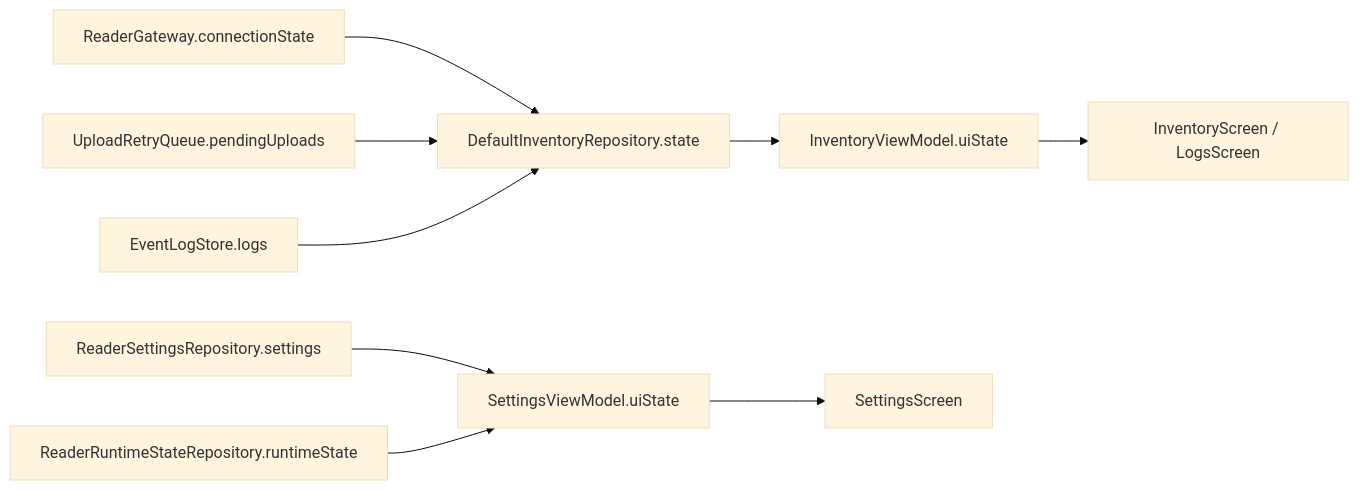
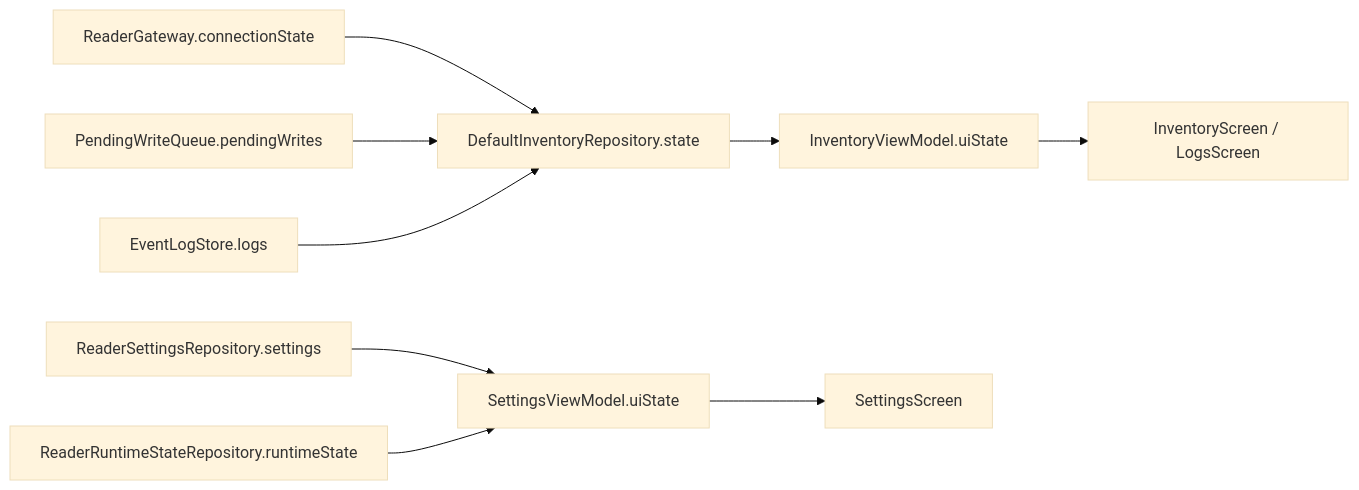
One commit to kuroronrobins/TraceLink changed the second of 3 diagrams in AndroidStudio/RP902App/docs/onboarding/05_データの流れ.md. Above: the diagram before and after it, drawn with Mermaid (base theme). The commit also changed other lines of this file and 83 other files, not shown here.

````diff
--- a/AndroidStudio/RP902App/docs/onboarding/05_データの流れ.md
+++ b/AndroidStudio/RP902App/docs/onboarding/05_データの流れ.md
@@ -49,12 +41,12 @@
 ```mermaid
 flowchart LR
     Reader["ReaderGateway.connectionState"] --> Repo["DefaultInventoryRepository.state"]
-    Queue["UploadRetryQueue.pendingUploads"] --> Repo
+    Queue["PendingWriteQueue.pendingWrites"] --> Repo
     Logs["EventLogStore.logs"] --> Repo
     Repo --> VM["InventoryViewModel.uiState"]
     VM --> Screen["InventoryScreen / LogsScreen"]
 
     SettingsRepo["ReaderSettingsRepository.settings"] --> SettingsVM["SettingsViewModel.uiState"]
     RuntimeRepo["ReaderRuntimeStateRepository.runtimeState"] --> SettingsVM
     SettingsVM --> SettingsScreen["SettingsScreen"]
 ```
````
